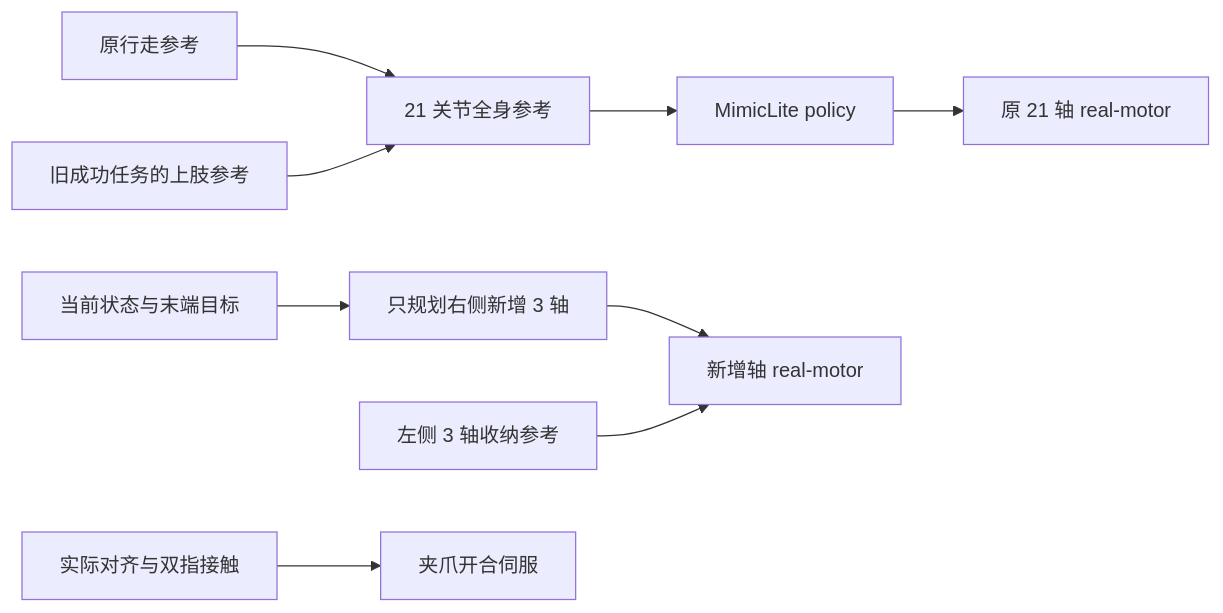
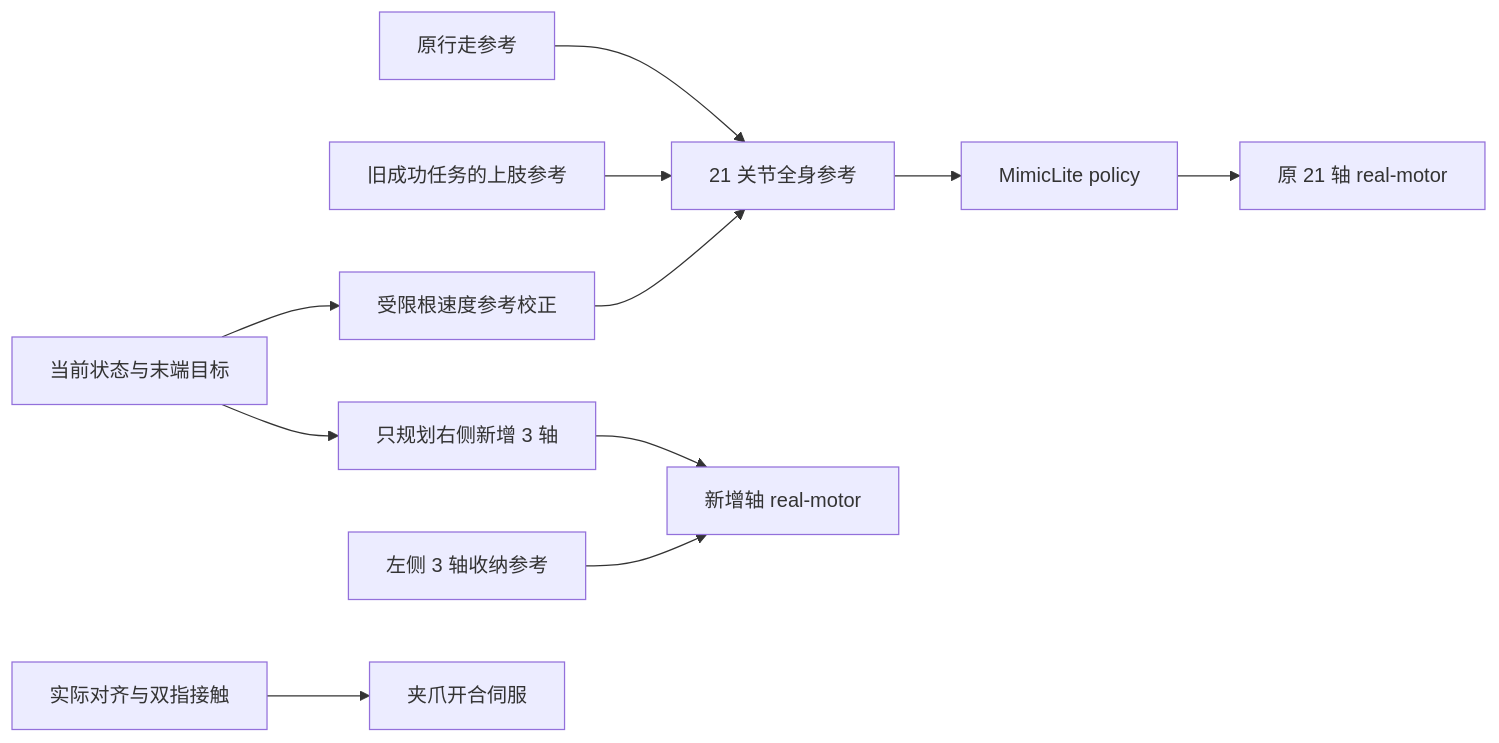
Before and after one commit to joyin-mini3/MimicLite: the diagram in docs/mini3_policy_pick_carry_cn.md, drawn with Mermaid. The commit also changed other lines of this file and 12 other files, not shown here.

````diff
--- a/docs/mini3_policy_pick_carry_cn.md
+++ b/docs/mini3_policy_pick_carry_cn.md
@@ -52,11 +69,13 @@
 ```mermaid
 flowchart LR
     W["原行走参考"] --> R["21 关节全身参考"]
     A["旧成功任务的上肢参考"] --> R
+    S["当前状态与末端目标"] --> V["受限根速度参考校正"]
+    V --> R
     R --> P["MimicLite policy"]
     P --> M["原 21 轴 real-motor"]
-    S["当前状态与末端目标"] --> K["只规划右侧新增 3 轴"]
+    S --> K["只规划右侧新增 3 轴"]
     K --> E["新增轴 real-motor"]
     L["左侧 3 轴收纳参考"] --> E
     C["实际对齐与双指接触"] --> G["夹爪开合伺服"]
 ```
````
